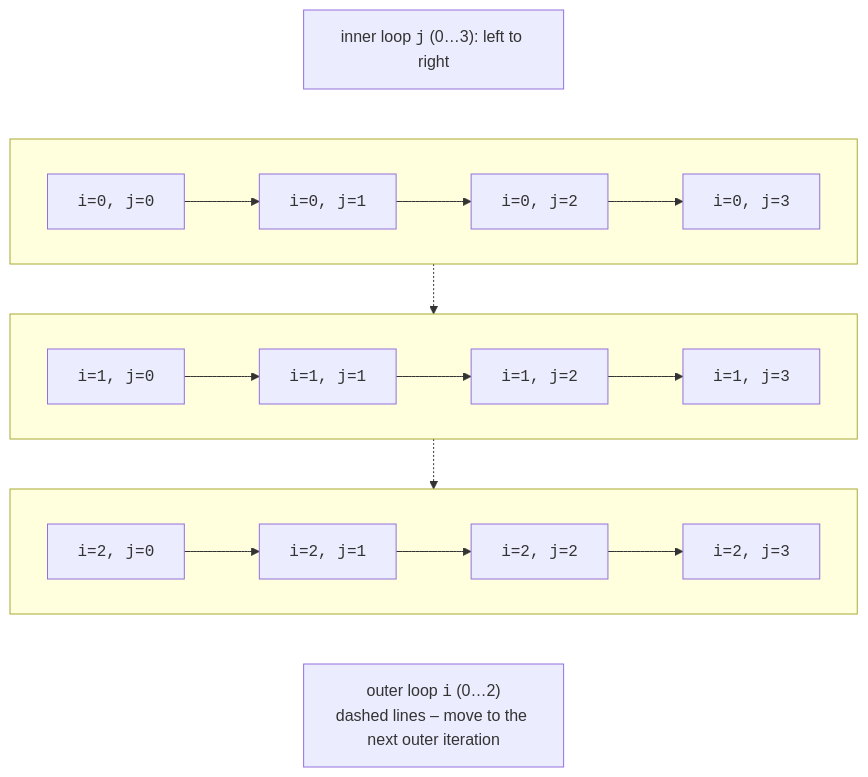
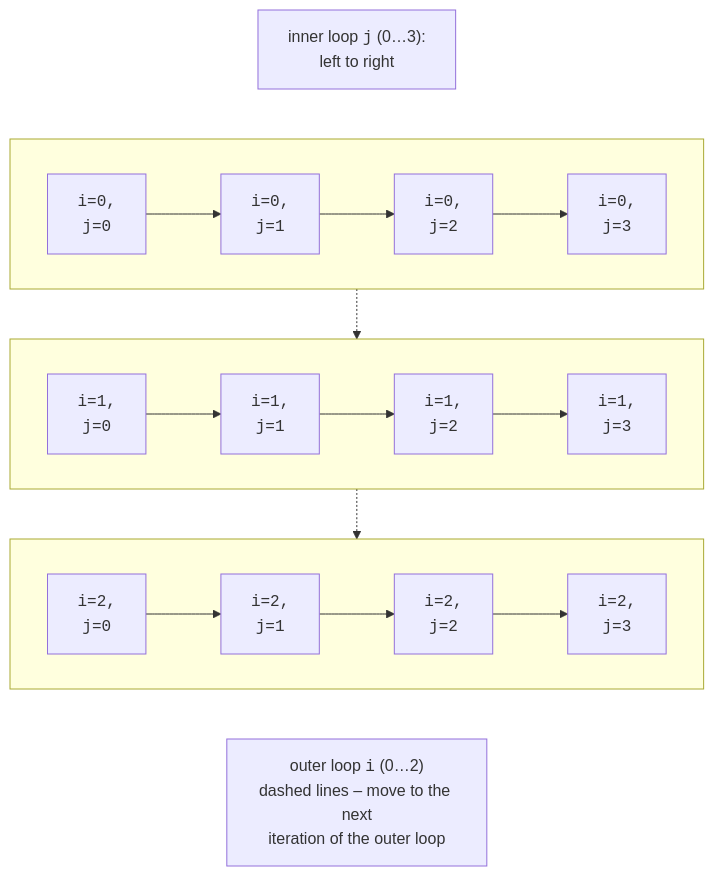
The second of 2 diagrams in src/courses/csharp/03-control-flow/loops.md (musicvano/Blog), drawn with Mermaid before and after one commit. The commit also changed other lines of this file and 583 other files, not shown here.

````diff
--- a/src/courses/csharp/03-control-flow/loops.md
+++ b/src/courses/csharp/03-control-flow/loops.md
@@ -106,19 +108,19 @@
 ```mermaid
 flowchart TD
-  TOP["inner loop <code>j</code> (0…3): left to right"]
+  TOP["inner loop <code>j</code> (0…3):<br>left to right"]
   subgraph I0 [" "]
     direction LR
-    A00["<code>i=0, j=0</code>"] --> A01["<code>i=0, j=1</code>"] --> A02["<code>i=0, j=2</code>"] --> A03["<code>i=0, j=3</code>"]
+    A00["<code>i=0,</code><br><code>j=0</code>"] --> A01["<code>i=0,</code><br><code>j=1</code>"] --> A02["<code>i=0,</code><br><code>j=2</code>"] --> A03["<code>i=0,</code><br><code>j=3</code>"]
   end
   subgraph I1 [" "]
     direction LR
-    A10["<code>i=1, j=0</code>"] --> A11["<code>i=1, j=1</code>"] --> A12["<code>i=1, j=2</code>"] --> A13["<code>i=1, j=3</code>"]
+    A10["<code>i=1,</code><br><code>j=0</code>"] --> A11["<code>i=1,</code><br><code>j=1</code>"] --> A12["<code>i=1,</code><br><code>j=2</code>"] --> A13["<code>i=1,</code><br><code>j=3</code>"]
   end
   subgraph I2 [" "]
     direction LR
-    A20["<code>i=2, j=0</code>"] --> A21["<code>i=2, j=1</code>"] --> A22["<code>i=2, j=2</code>"] --> A23["<code>i=2, j=3</code>"]
+    A20["<code>i=2,</code><br><code>j=0</code>"] --> A21["<code>i=2,</code><br><code>j=1</code>"] --> A22["<code>i=2,</code><br><code>j=2</code>"] --> A23["<code>i=2,</code><br><code>j=3</code>"]
   end
   TOP ~~~ I0
   I0 -.-> I1 -.-> I2
-  I2 ~~~ N["outer loop <code>i</code> (0…2)<br>dashed lines – move to the next outer iteration"]
+  I2 ~~~ N["outer loop <code>i</code> (0…2)<br>dashed lines – move to the next<br>iteration of the outer loop"]
 ```
````
